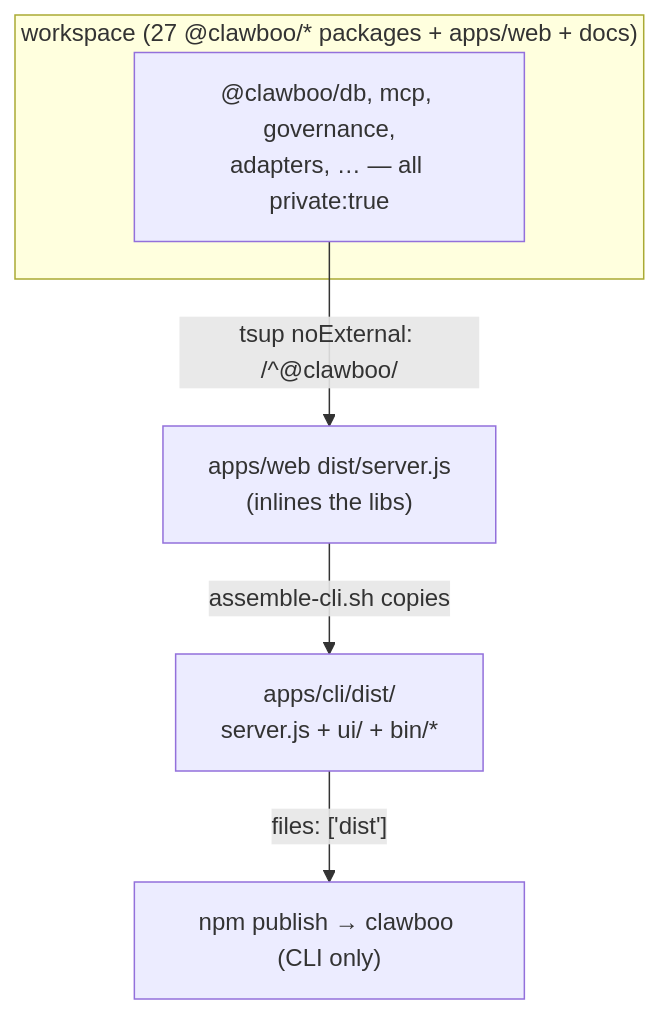
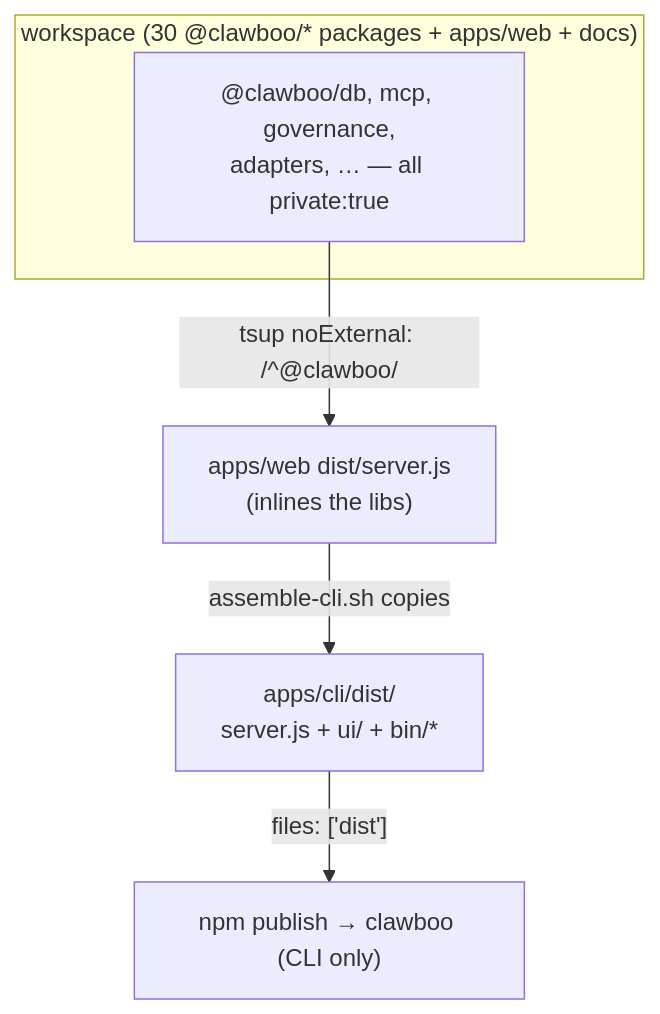
The first of 2 diagrams in docs/internals/release-process.md (clawboo/clawboo), drawn with Mermaid before and after one commit. The commit also changed other lines of this file and 56 other files, not shown here.

````diff
--- a/docs/internals/release-process.md
+++ b/docs/internals/release-process.md
@@ -20,9 +20,9 @@
 ```mermaid
 graph TD
-  subgraph ws["workspace (27 @clawboo/* packages + apps/web + docs)"]
+  subgraph ws["workspace (30 @clawboo/* packages + apps/web + docs)"]
     libs["@clawboo/db, mcp, governance,<br/>adapters, … — all private:true"]
   end
   libs -- "tsup noExternal: /^@clawboo/" --> bundle["apps/web dist/server.js<br/>(inlines the libs)"]
   bundle -- "assemble-cli.sh copies" --> clidist["apps/cli/dist/<br/>server.js + ui/ + bin/*"]
   clidist -- "files: ['dist']" --> npm["npm publish → clawboo (CLI only)"]
 ```
````
